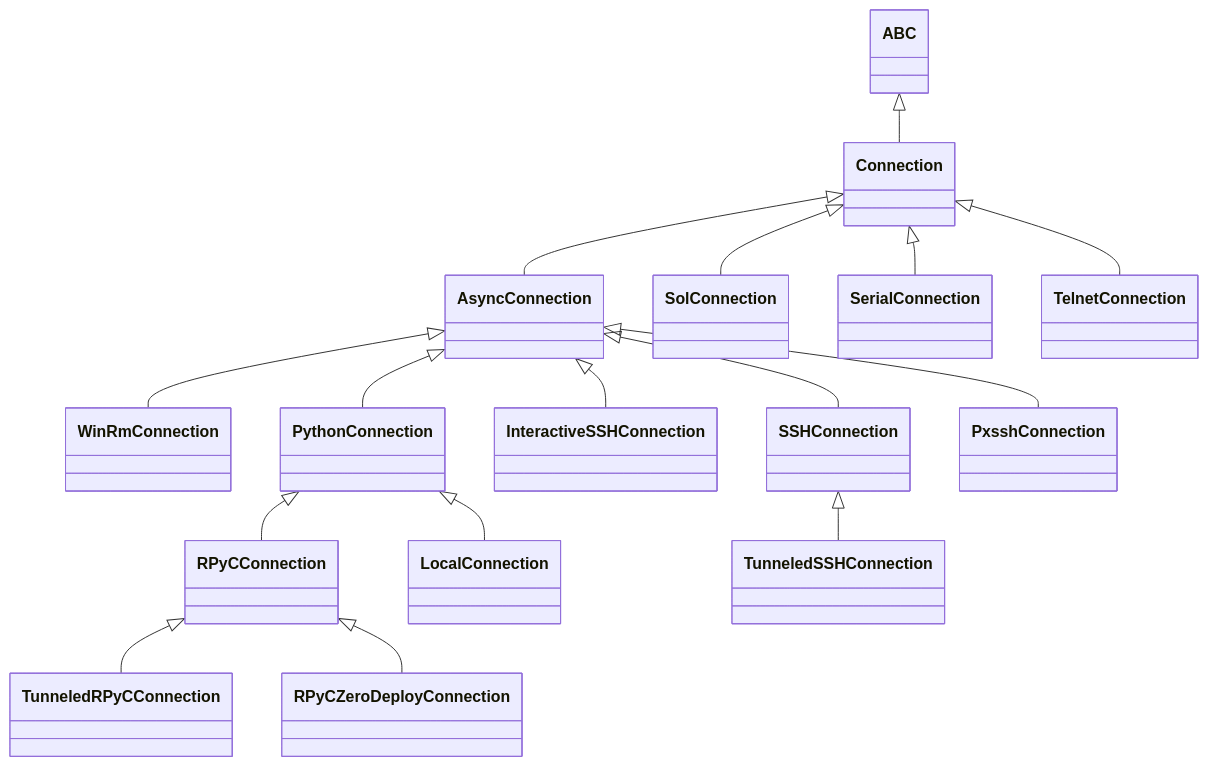
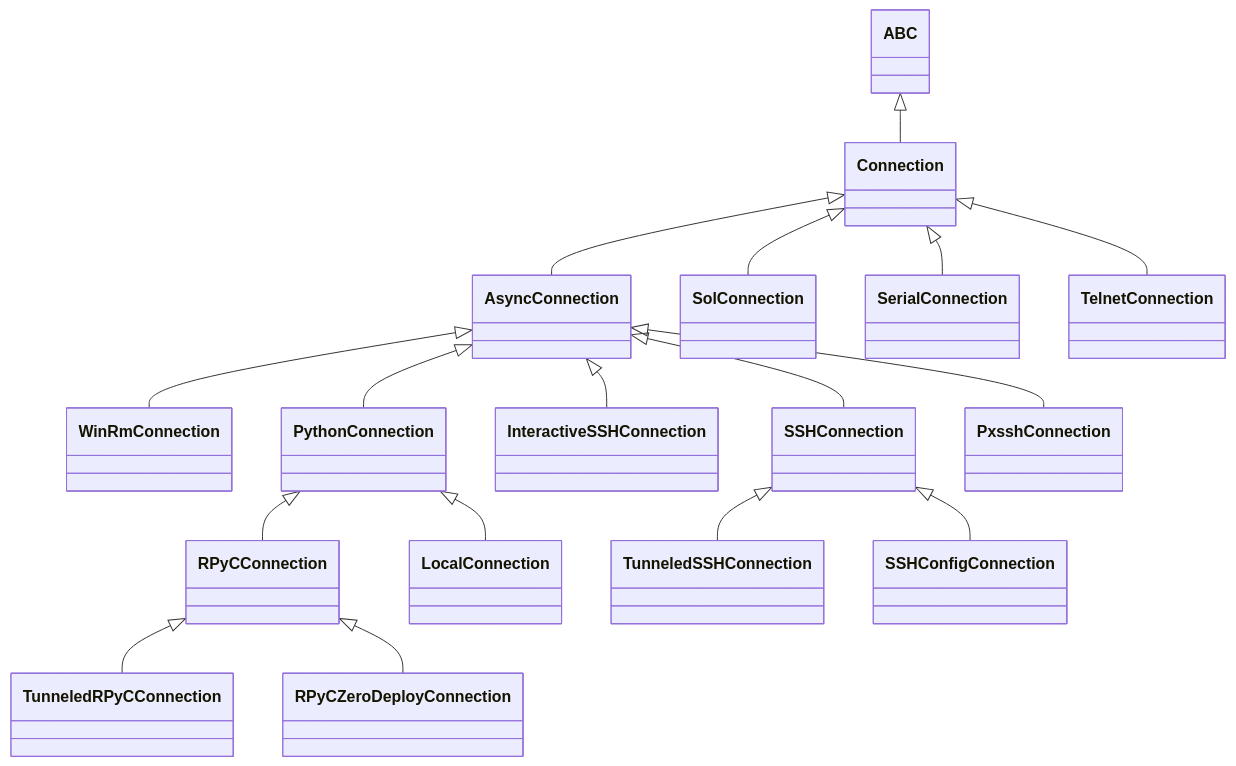
The first of 2 diagrams in README.md (intel/mfd-connect), drawn with Mermaid before and after one commit. The commit also changed other lines of this file and 1 other file, not shown here.

Commit message:
docs: add SSHConfigConnection usage example

````diff
--- a/README.md
+++ b/README.md
@@ -47,51 +47,54 @@
 ```mermaid
 classDiagram
     class LocalConnection{
     }
     class SolConnection{
     }
     class SSHConnection{
     }
     class TunneledSSHConnection{
+    }
+    class SSHConfigConnection{
     }
     class RPyCConnection{
     }
     class TunneledRPyCConnection{
     }
     class TelnetConnection{
     }
     class SerialConnection{
     }
     class RPyCZeroDeployConnection{
     }
     class ABC{
     }
     class Connection{
     }
     class AsyncConnection{
     }
     class PythonConnection{
     }
     class WinRmConnection{
     }
     class PxsshConnection{
     }
     class InteractiveSSHConnection{
     }
 
     ABC <|--  Connection
     Connection <|-- AsyncConnection
     Connection <|-- SolConnection
     Connection <|-- SerialConnection
     Connection <|-- TelnetConnection
     AsyncConnection <|-- WinRmConnection
     AsyncConnection <|-- PythonConnection
     AsyncConnection <|-- InteractiveSSHConnection
     PythonConnection <|-- RPyCConnection
     PythonConnection <|-- LocalConnection
     RPyCConnection <|-- TunneledRPyCConnection
     RPyCConnection <|-- RPyCZeroDeployConnection
     AsyncConnection <|-- SSHConnection
     SSHConnection <|-- TunneledSSHConnection
+    SSHConnection <|-- SSHConfigConnection
     AsyncConnection <|-- PxsshConnection
 ```
````
